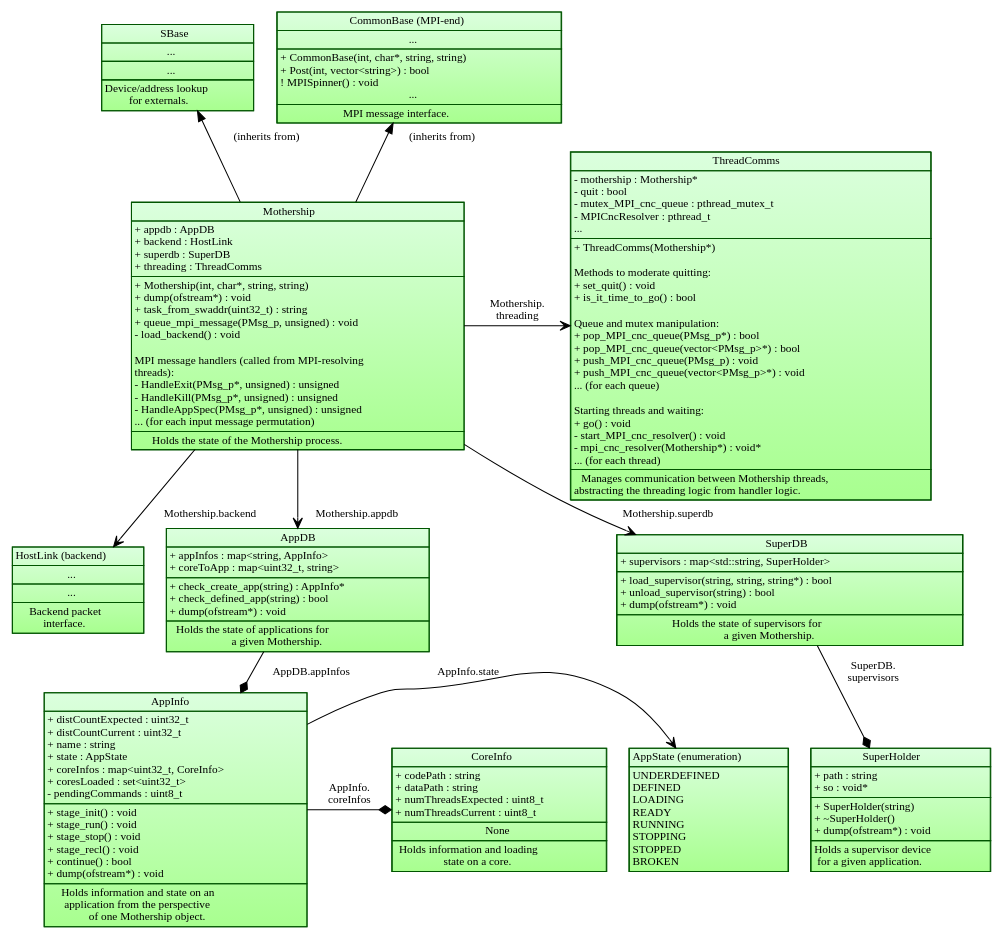
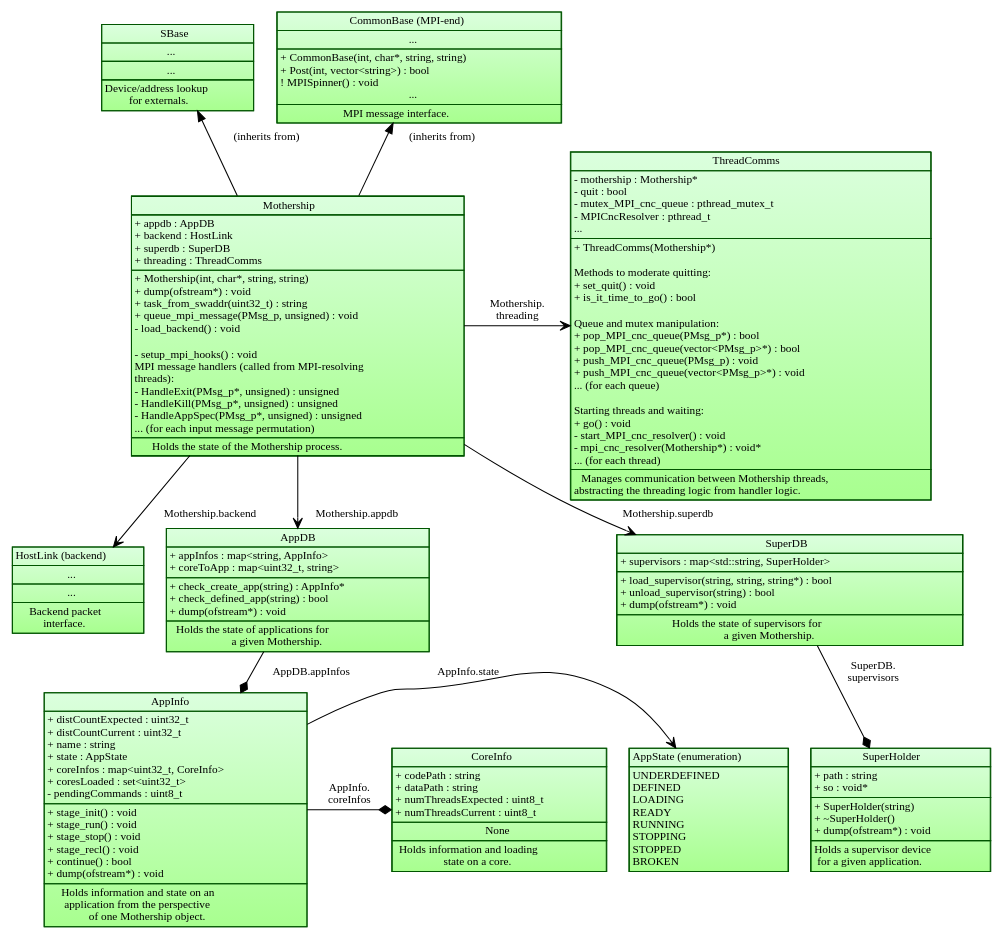
Before and after one commit to POETSII/orchestrator-documentation: the diagram in images/source/mothership_data_structure.dot, drawn with Graphviz.

Commit message:
Add another Mothership method.

```diff
--- a/images/source/mothership_data_structure.dot
+++ b/images/source/mothership_data_structure.dot
@@ -172,6 +172,7 @@
 + task_from_swaddr(uint32_t) : string<BR ALIGN="LEFT"/>
 + queue_mpi_message(PMsg_p, unsigned) : void<BR ALIGN="LEFT"/>
 - load_backend() : void<BR ALIGN="LEFT"/><BR ALIGN="LEFT"/>
+- setup_mpi_hooks() : void<BR ALIGN="LEFT"/>
 MPI message handlers (called from MPI-resolving<BR ALIGN="LEFT"/>
 threads):<BR ALIGN="LEFT"/>
 - HandleExit(PMsg_p*, unsigned) : unsigned<BR ALIGN="LEFT"/>
```
